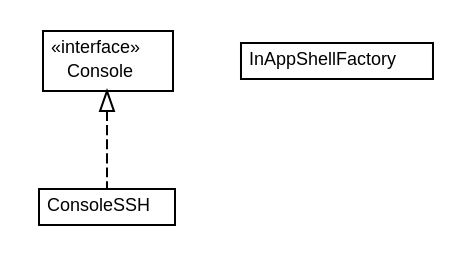
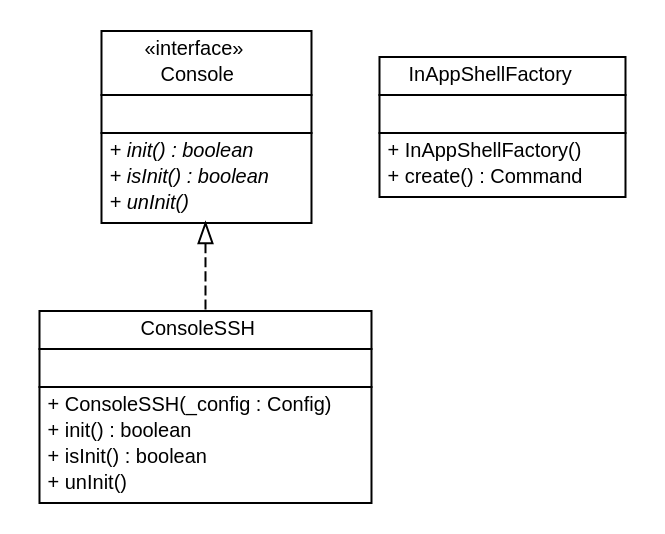
One commit to ericpinet/ConnectLife changed the diagram in javadoc/coreserver/com/connectlife/coreserver/console/com.connectlife.coreserver.console.dot. Above: the diagram before and after it, drawn with Graphviz. The commit also changed 432 other files, not shown here.

```diff
--- a/javadoc/coreserver/com/connectlife/coreserver/console/com.connectlife.coreserver.console.dot
+++ b/javadoc/coreserver/com/connectlife/coreserver/console/com.connectlife.coreserver.console.dot
@@ -1,33 +1,57 @@
 #!/usr/local/bin/dot
 #
 # Class diagram 
 # Generated by UMLGraph version 5.1 (http://www.umlgraph.org/)
 #
 
 digraph G {
 	edge [fontname="Helvetica",fontsize=10,labelfontname="Helvetica",labelfontsize=10];
 	node [fontname="Helvetica",fontsize=10,shape=plaintext];
 	nodesep=0.25;
 	ranksep=0.5;
 	// com.connectlife.coreserver.console.ConsoleSSH
 	c355 [label=<<table title="com.connectlife.coreserver.console.ConsoleSSH" border="0" cellborder="1" cellspacing="0" cellpadding="2" port="p" href="./ConsoleSSH.html">
 		<tr><td><table border="0" cellspacing="0" cellpadding="1">
 <tr><td align="center" balign="center"> ConsoleSSH </td></tr>
 		</table></td></tr>
-		</table>>, fontname="Helvetica", fontcolor="black", fontsize=9.0];
+		<tr><td><table border="0" cellspacing="0" cellpadding="1">
+<tr><td align="left" balign="left">  </td></tr>
+		</table></td></tr>
+		<tr><td><table border="0" cellspacing="0" cellpadding="1">
+<tr><td align="left" balign="left"> + ConsoleSSH(_config : Config) </td></tr>
+<tr><td align="left" balign="left"> + init() : boolean </td></tr>
+<tr><td align="left" balign="left"> + isInit() : boolean </td></tr>
+<tr><td align="left" balign="left"> + unInit() </td></tr>
+		</table></td></tr>
+		</table>>, fontname="Helvetica", fontcolor="black", fontsize=10.0];
 	// com.connectlife.coreserver.console.InAppShellFactory
 	c356 [label=<<table title="com.connectlife.coreserver.console.InAppShellFactory" border="0" cellborder="1" cellspacing="0" cellpadding="2" port="p" href="./InAppShellFactory.html">
 		<tr><td><table border="0" cellspacing="0" cellpadding="1">
 <tr><td align="center" balign="center"> InAppShellFactory </td></tr>
 		</table></td></tr>
-		</table>>, fontname="Helvetica", fontcolor="black", fontsize=9.0];
+		<tr><td><table border="0" cellspacing="0" cellpadding="1">
+<tr><td align="left" balign="left">  </td></tr>
+		</table></td></tr>
+		<tr><td><table border="0" cellspacing="0" cellpadding="1">
+<tr><td align="left" balign="left"> + InAppShellFactory() </td></tr>
+<tr><td align="left" balign="left"> + create() : Command </td></tr>
+		</table></td></tr>
+		</table>>, fontname="Helvetica", fontcolor="black", fontsize=10.0];
 	// com.connectlife.coreserver.console.Console
 	c357 [label=<<table title="com.connectlife.coreserver.console.Console" border="0" cellborder="1" cellspacing="0" cellpadding="2" port="p" href="./Console.html">
 		<tr><td><table border="0" cellspacing="0" cellpadding="1">
 <tr><td align="center" balign="center"> &#171;interface&#187; </td></tr>
 <tr><td align="center" balign="center"> Console </td></tr>
 		</table></td></tr>
-		</table>>, fontname="Helvetica", fontcolor="black", fontsize=9.0];
+		<tr><td><table border="0" cellspacing="0" cellpadding="1">
+<tr><td align="left" balign="left">  </td></tr>
+		</table></td></tr>
+		<tr><td><table border="0" cellspacing="0" cellpadding="1">
+<tr><td align="left" balign="left"><font face="Helvetica-Oblique" point-size="10.0"> + init() : boolean </font></td></tr>
+<tr><td align="left" balign="left"><font face="Helvetica-Oblique" point-size="10.0"> + isInit() : boolean </font></td></tr>
+<tr><td align="left" balign="left"><font face="Helvetica-Oblique" point-size="10.0"> + unInit() </font></td></tr>
+		</table></td></tr>
+		</table>>, fontname="Helvetica", fontcolor="black", fontsize=10.0];
 	//com.connectlife.coreserver.console.ConsoleSSH implements com.connectlife.coreserver.console.Console
 	c357:p -> c355:p [dir=back,arrowtail=empty,style=dashed];
 }
```
